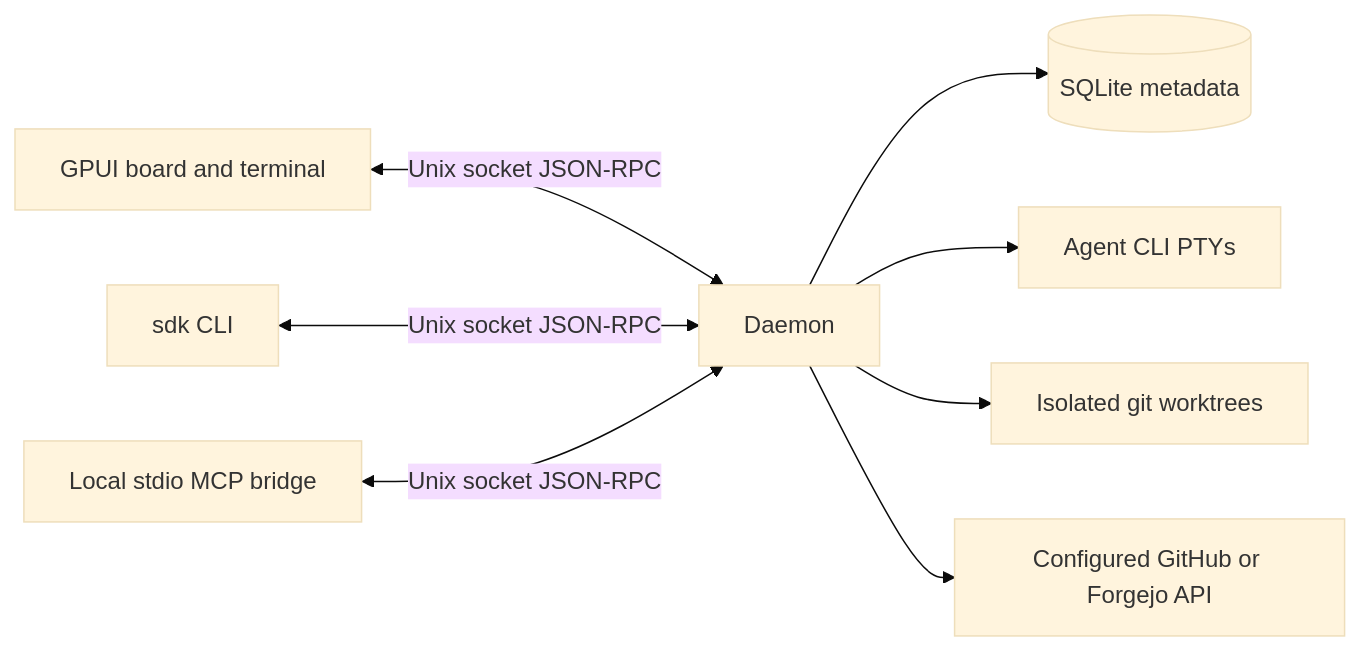
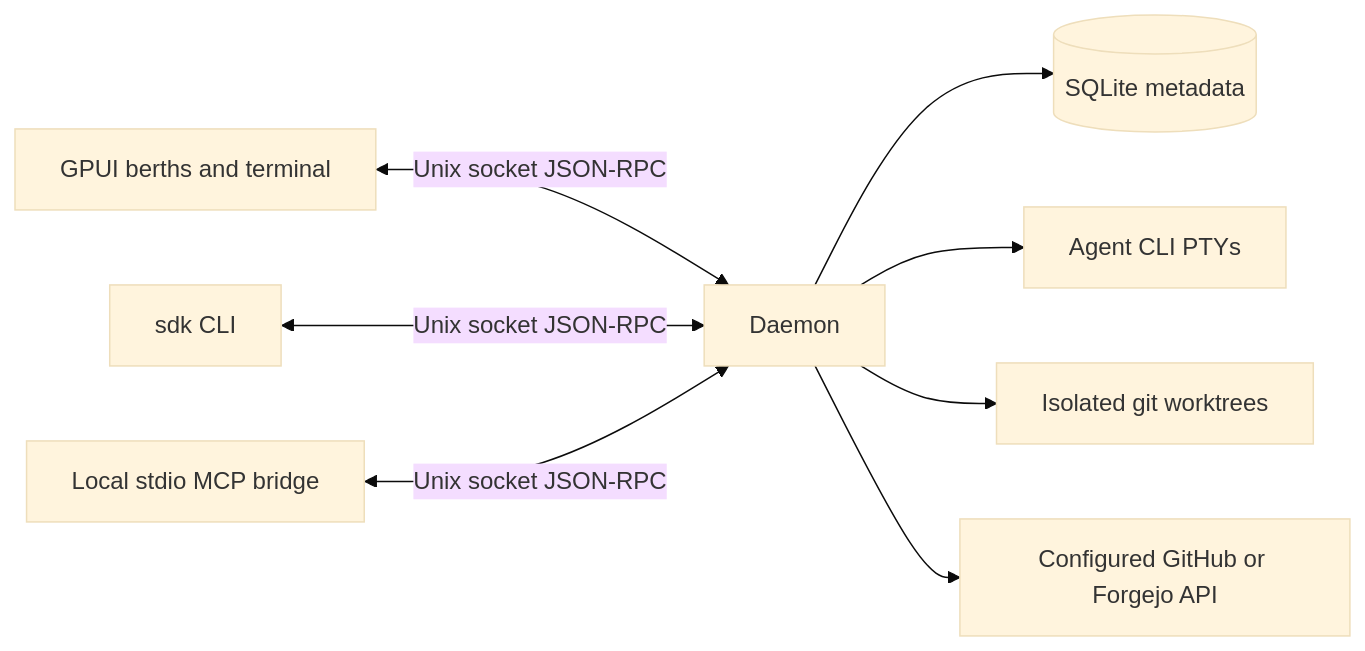
The diagram in docs/ARCHITECTURE.md (SigmaUno/sigma-dock), drawn with Mermaid (base theme) before and after one commit. The commit also changed other lines of this file and 11 other files, not shown here.

First line of the commit message:
Replace the column board with a berths view

````diff
--- a/docs/ARCHITECTURE.md
+++ b/docs/ARCHITECTURE.md
@@ -5,10 +5,10 @@
 ```mermaid
 flowchart LR
-    UI[GPUI board and terminal] <-->|Unix socket JSON-RPC| D[Daemon]
+    UI[GPUI berths and terminal] <-->|Unix socket JSON-RPC| D[Daemon]
     CLI[sdk CLI] <-->|Unix socket JSON-RPC| D
     MCP[Local stdio MCP bridge] <-->|Unix socket JSON-RPC| D
     D --> DB[(SQLite metadata)]
     D --> PTY[Agent CLI PTYs]
     D --> Git[Isolated git worktrees]
     D --> Forge[Configured GitHub or Forgejo API]
 ```
````
